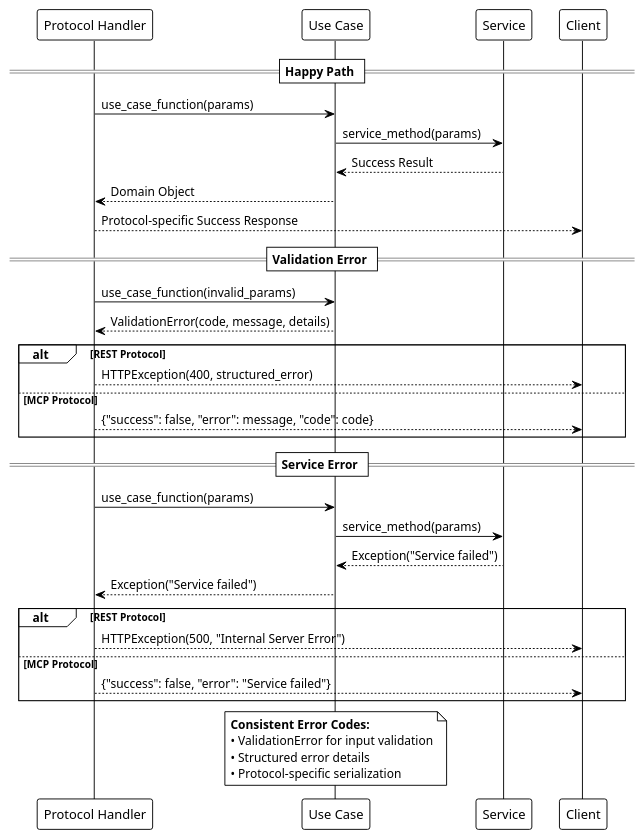
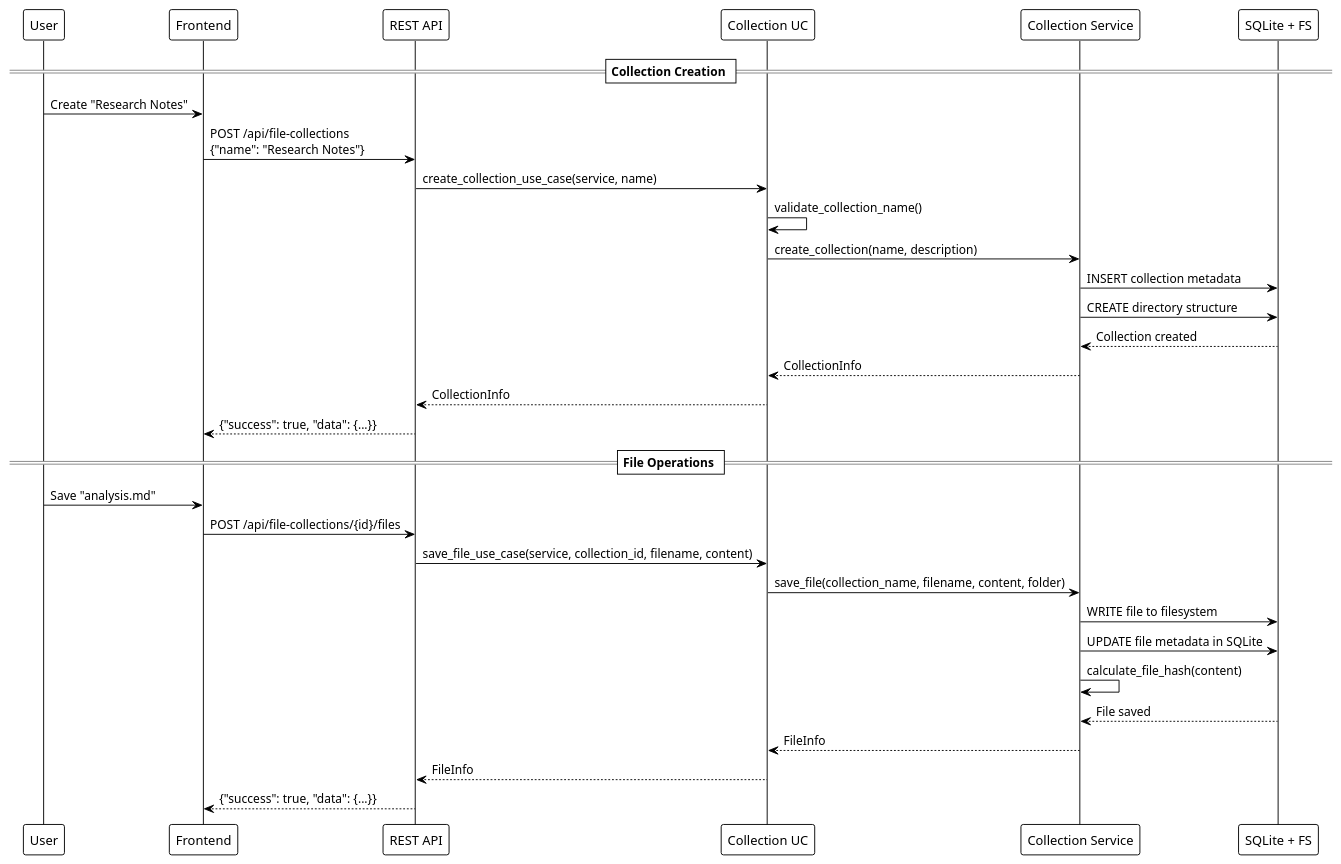
One commit to fwegener83/crawl4ai-mcp-server changed the fifth of 13 diagrams in docs/ARCHITECTURE.md. Above: the diagram before and after it, drawn with PlantUML. The commit also changed other lines of this file and 36 other files, not shown here.

````diff
--- a/docs/ARCHITECTURE.md
+++ b/docs/ARCHITECTURE.md
@@ -527,44 +373,39 @@
 ```puml
-@startuml Error Handling
+@startuml collection_workflow
 !theme plain
 
-participant "Protocol Handler" as Protocol
-participant "Use Case" as UC
-participant "Service" as Service
+participant "User" as User
+participant "Frontend" as FE
+participant "REST API" as API
+participant "Collection UC" as UC
+participant "Collection Service" as CS
+participant "SQLite + FS" as Storage
 
-== Happy Path ==
-Protocol -> UC: use_case_function(params)
-UC -> Service: service_method(params)
-Service --> UC: Success Result
-UC --> Protocol: Domain Object
-Protocol --> "Client": Protocol-specific Success Response
+== Collection Creation ==
+User -> FE: Create "Research Notes"
+FE -> API: POST /api/file-collections\n{"name": "Research Notes"}
+API -> UC: create_collection_use_case(service, name)
+UC -> UC: validate_collection_name()
+UC -> CS: create_collection(name, description)
+CS -> Storage: INSERT collection metadata
+CS -> Storage: CREATE directory structure
+Storage --> CS: Collection created
+CS --> UC: CollectionInfo
+UC --> API: CollectionInfo
+API --> FE: {"success": true, "data": {...}}
 
-== Validation Error ==
-Protocol -> UC: use_case_function(invalid_params)
-UC --> Protocol: ValidationError(code, message, details)
-alt REST Protocol
-  Protocol --> "Client": HTTPException(400, structured_error)
-else MCP Protocol  
-  Protocol --> "Client": {"success": false, "error": message, "code": code}
-end
-
-== Service Error ==
-Protocol -> UC: use_case_function(params)
-UC -> Service: service_method(params)
-Service --> UC: Exception("Service failed")
-UC --> Protocol: Exception("Service failed")
-alt REST Protocol
-  Protocol --> "Client": HTTPException(500, "Internal Server Error")
-else MCP Protocol
-  Protocol --> "Client": {"success": false, "error": "Service failed"}
-end
-
-note over UC
-  **Consistent Error Codes:**
-  • ValidationError for input validation
-  • Structured error details
-  • Protocol-specific serialization
-end note
+== File Operations ==
+User -> FE: Save "analysis.md"
+FE -> API: POST /api/file-collections/{id}/files
+API -> UC: save_file_use_case(service, collection_id, filename, content)
+UC -> CS: save_file(collection_name, filename, content, folder)
+CS -> Storage: WRITE file to filesystem
+CS -> Storage: UPDATE file metadata in SQLite
+CS -> CS: calculate_file_hash(content)
+Storage --> CS: File saved
+CS --> UC: FileInfo
+UC --> API: FileInfo
+API --> FE: {"success": true, "data": {...}}
 
 @enduml
 ```
````
